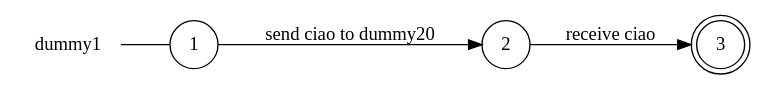
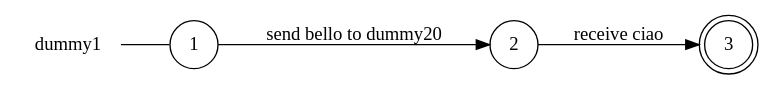
Before and after one commit to gabrielegenovese/chorer: the diagram in examples/async/dummy1_local_view.dot, drawn with Graphviz. The commit also changed 12 other files, not shown here.

```diff
--- a/examples/async/dummy1_local_view.dot
+++ b/examples/async/dummy1_local_view.dot
@@ -1,11 +1,11 @@
 digraph dummy1 {
 	rankdir="LR";
 	n_0 [label="dummy1", shape="plaintext"];
 	n_1 [id="1", shape=circle, label="1"];
 	n_0 -> n_1 [arrowhead=none];
 	n_2 [id="2", shape=circle, label="2"];
 	n_3 [id="3", shape=doublecircle, label="3"];
 
-	n_1 -> n_2 [id="[$e|1]", label="send ciao to dummy20"];
+	n_1 -> n_2 [id="[$e|1]", label="send bello to dummy20"];
 	n_2 -> n_3 [id="[$e|0]", label="receive ciao"];
 }
```
